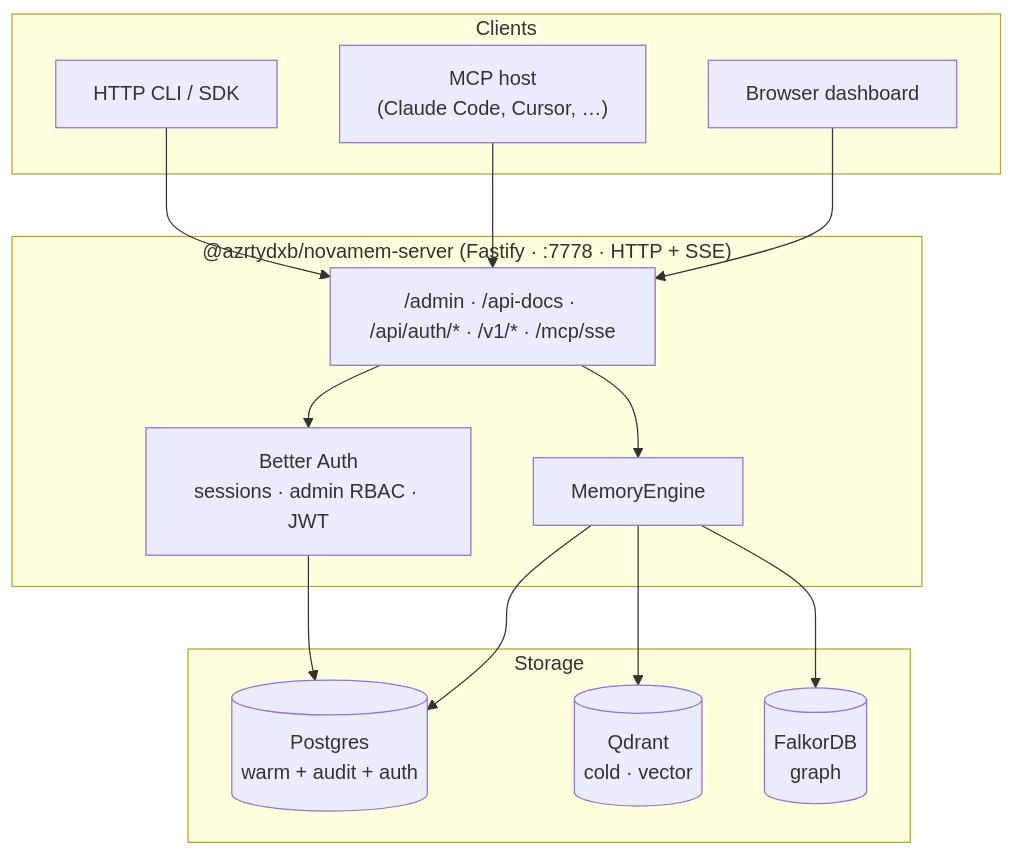
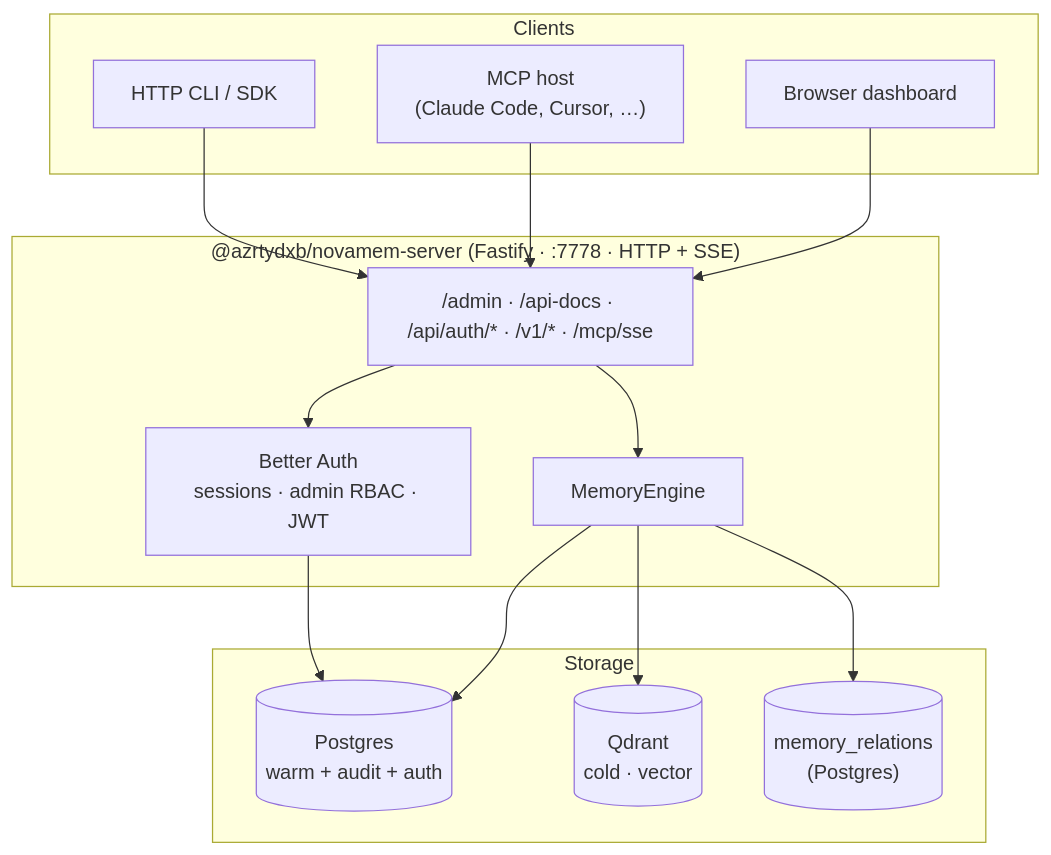
Before and after one commit to azrtydxb/novamem: the first of 4 diagrams in packages/docs-site/architecture/system.md, drawn with Mermaid. The commit also changed other lines of this file and 50 other files, not shown here.

````diff
--- a/packages/docs-site/architecture/system.md
+++ b/packages/docs-site/architecture/system.md
@@ -7,30 +7,30 @@
 ```mermaid
 flowchart TB
     subgraph clients["Clients"]
         DASH["Browser dashboard"]
         MCP["MCP host<br/>(Claude Code, Cursor, …)"]
         CLI["HTTP CLI / SDK"]
     end
 
     subgraph server["@azrtydxb/novamem-server (Fastify · :7778 · HTTP + SSE)"]
         ROUTES["/admin · /api-docs · /api/auth/* · /v1/* · /mcp/sse"]
         ENGINE["MemoryEngine"]
         BA["Better Auth<br/>sessions · admin RBAC · JWT"]
         ROUTES --> ENGINE
         ROUTES --> BA
     end
 
     subgraph stores["Storage"]
         PG[("Postgres<br/>warm + audit + auth")]
         QD[("Qdrant<br/>cold · vector")]
-        FK[("FalkorDB<br/>graph")]
+        REL[("memory_relations<br/>(Postgres)")]
     end
 
     DASH --> ROUTES
     MCP --> ROUTES
     CLI --> ROUTES
     ENGINE --> PG
     ENGINE --> QD
-    ENGINE --> FK
+    ENGINE --> REL
     BA --> PG
 ```
````
